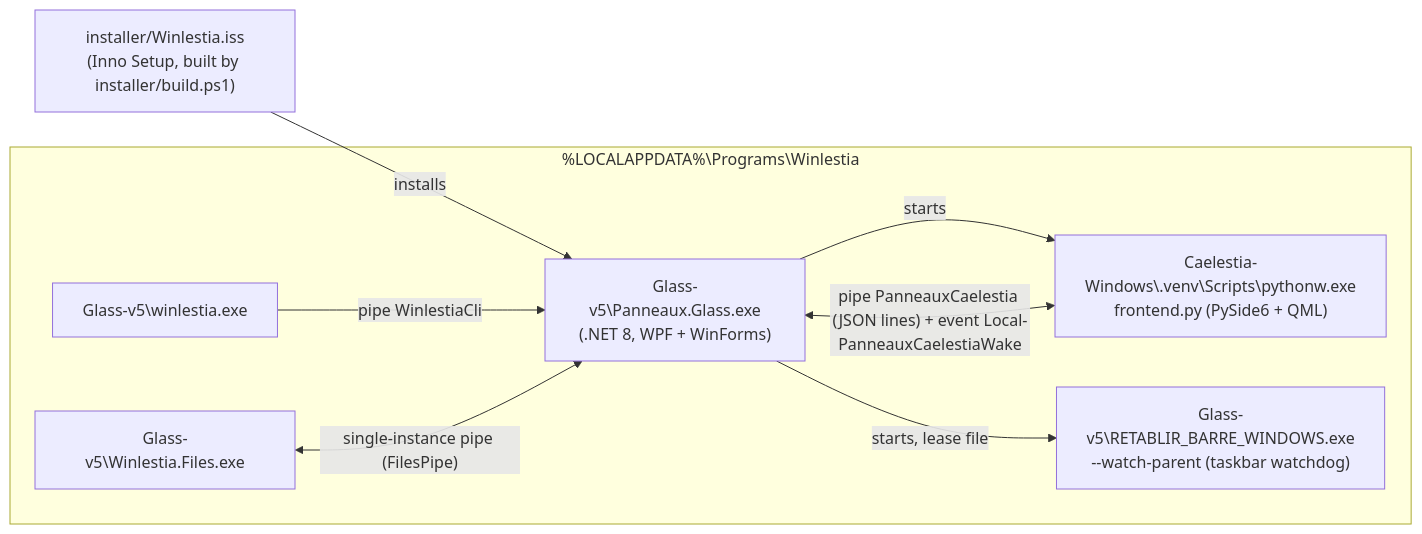
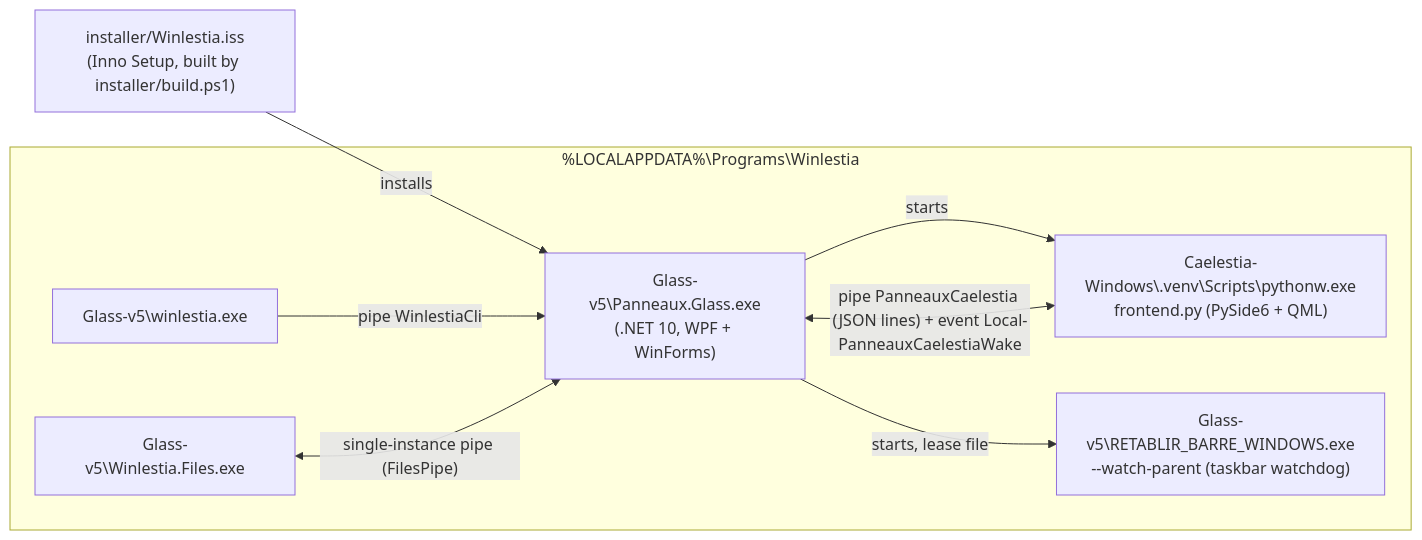
One commit to lilidoxdev/winlestia changed the diagram in docs/ARCHITECTURE.md. Above: the diagram before and after it, drawn with Mermaid. The commit also changed other lines of this file and 38 other files, not shown here.

````diff
--- a/docs/ARCHITECTURE.md
+++ b/docs/ARCHITECTURE.md
@@ -10,16 +10,16 @@
 ```mermaid
 flowchart LR
     Setup["installer/Winlestia.iss<br/>(Inno Setup, built by installer/build.ps1)"] -->|installs| Backend
     subgraph Install["%LOCALAPPDATA%\Programs\Winlestia"]
-      Backend["Glass-v5\Panneaux.Glass.exe<br/>(.NET 8, WPF + WinForms)"]
+      Backend["Glass-v5\Panneaux.Glass.exe<br/>(.NET 10, WPF + WinForms)"]
       Front["Caelestia-Windows\.venv\Scripts\pythonw.exe<br/>frontend.py (PySide6 + QML)"]
       Guard["Glass-v5\RETABLIR_BARRE_WINDOWS.exe<br/>--watch-parent (taskbar watchdog)"]
       Files["Glass-v5\Winlestia.Files.exe"]
       Cli["Glass-v5\winlestia.exe"]
     end
     Backend -->|starts| Front
     Backend -->|starts, lease file| Guard
     Front <-->|"pipe PanneauxCaelestia (JSON lines) + event Local-PanneauxCaelestiaWake"| Backend
     Cli -->|"pipe WinlestiaCli"| Backend
     Files <-->|"single-instance pipe (FilesPipe)"| Backend
 ```
````
